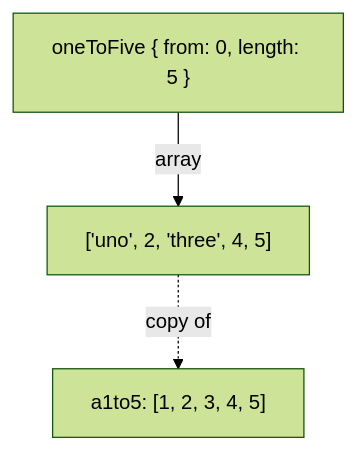
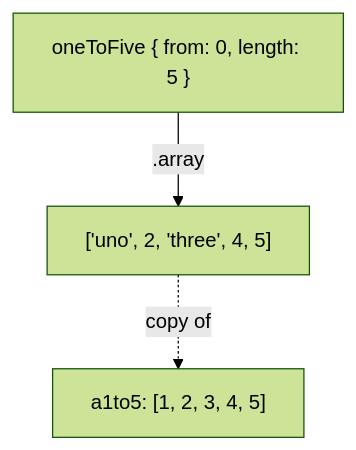
One commit to raganwald/raganwald.github.com changed the sixth of 7 diagrams in _posts/2019-01-14-structural-sharing-and-copy-on-write.md. Above: the diagram before and after it, drawn with Mermaid (forest theme). The commit also changed other lines of this file, not shown here.

```diff
--- a/_posts/2019-01-14-structural-sharing-and-copy-on-write.md
+++ b/_posts/2019-01-14-structural-sharing-and-copy-on-write.md
@@ -676,6 +676,6 @@
 <div class="mermaid">
   graph TD
     a["a1to5: [1, 2, 3, 4, 5]"]
-    c["oneToFive { from: 0, length: 5 }"]-- array -->b["['uno', 2, 'three', 4, 5]"];
+    c["oneToFive { from: 0, length: 5 }"]-- .array -->b["['uno', 2, 'three', 4, 5]"];
     b-. copy of .->a
 </div>
```
